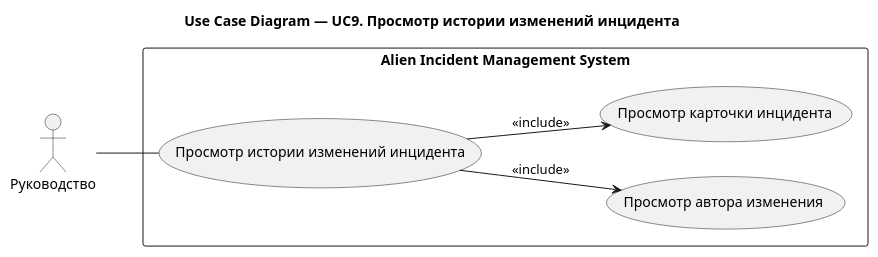
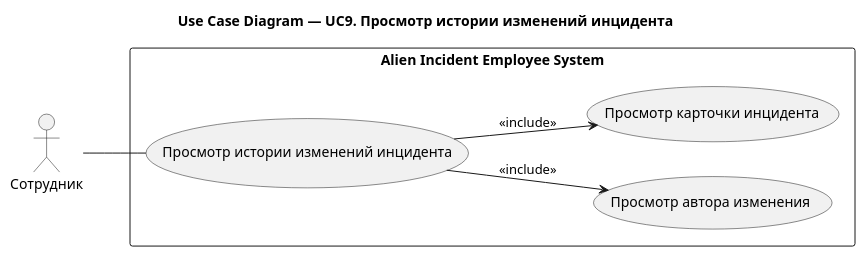
Before and after one commit to Andryss/AIMS: the diagram in docs/use-case/UC9.md, drawn with PlantUML. The commit also changed other lines of this file and 19 other files, not shown here.

````diff
--- a/docs/use-case/UC9.md
+++ b/docs/use-case/UC9.md
@@ -39,23 +42,23 @@
 ```plantuml
 @startuml
 title Use Case Diagram — UC9. Просмотр истории изменений инцидента
 left to right direction
 
-actor "Руководство" as Management
+actor "Сотрудник" as Employee
 
-rectangle "Alien Incident Management System" {
+rectangle "Alien Incident Employee System" {
 
 (Просмотр истории изменений инцидента) as UC11
 
 (Просмотр автора изменения) as UC113
 (Просмотр карточки инцидента) as UC111
 
 }
 
-Management -- UC11
+Employee -- UC11
 
 UC11 --> UC111 : <<include>>
 UC11 --> UC113 : <<include>>
 
 @enduml
 ```
````
